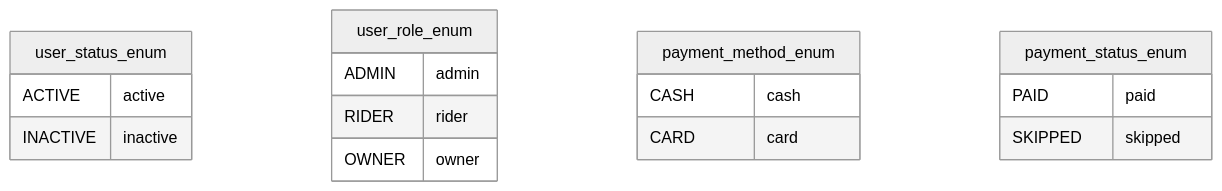
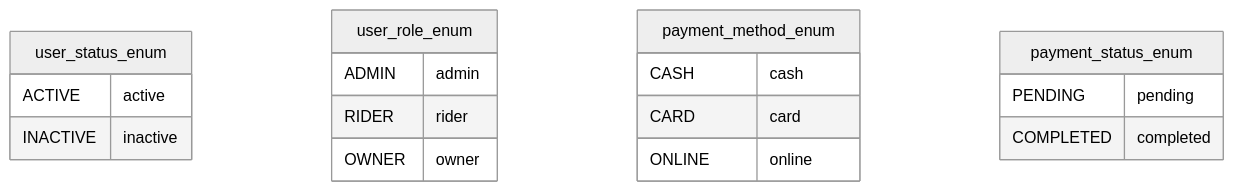
Before and after one commit to tauheedbuttt/fullstack-open-project: the first of 2 diagrams in docs/ERD.md, drawn with Mermaid (neutral theme). The commit also changed other lines of this file and 21 other files, not shown here.

````diff
--- a/docs/ERD.md
+++ b/docs/ERD.md
@@ -5,20 +5,21 @@
 ```mermaid
 erDiagram
     user_status_enum {
         ACTIVE active
         INACTIVE inactive
     }
     user_role_enum {
         ADMIN admin
         RIDER rider
         OWNER owner
     }
     payment_method_enum {
         CASH cash
         CARD card
+        ONLINE online
     }
     payment_status_enum {
-        PAID paid
-        SKIPPED skipped
+        PENDING pending
+        COMPLETED completed
     }
 ```
````
